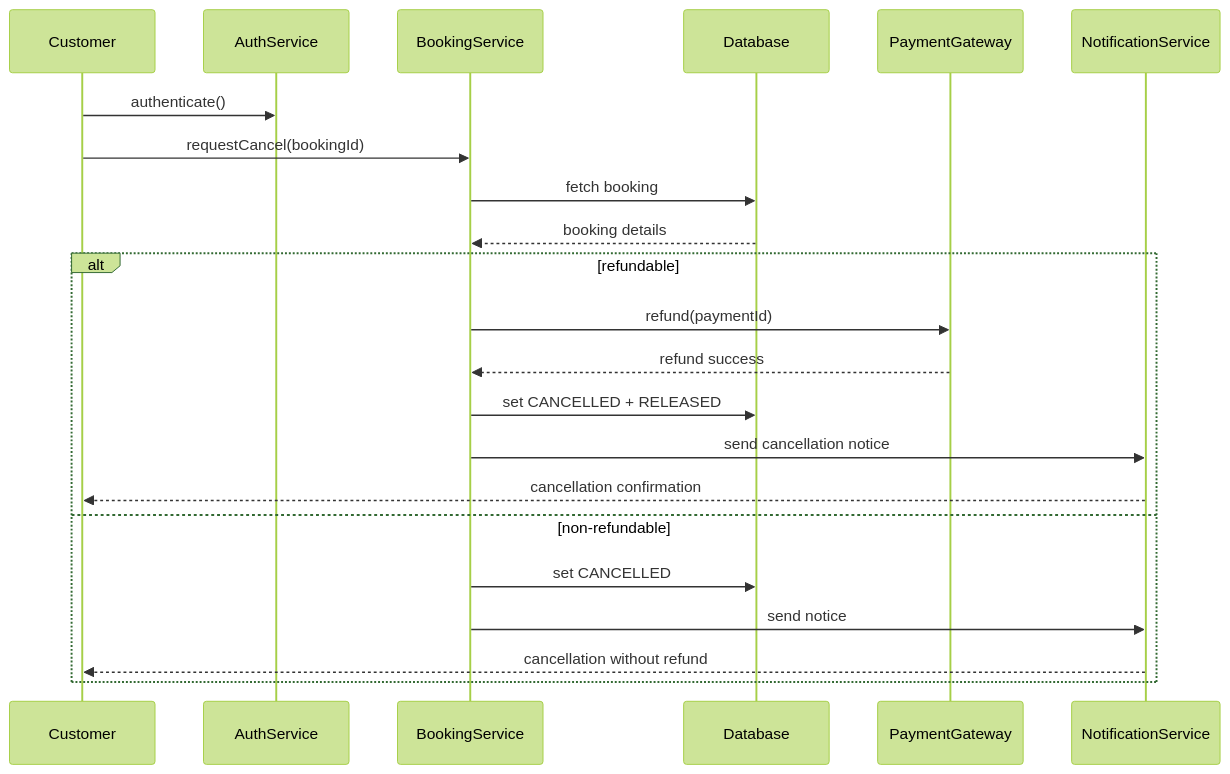
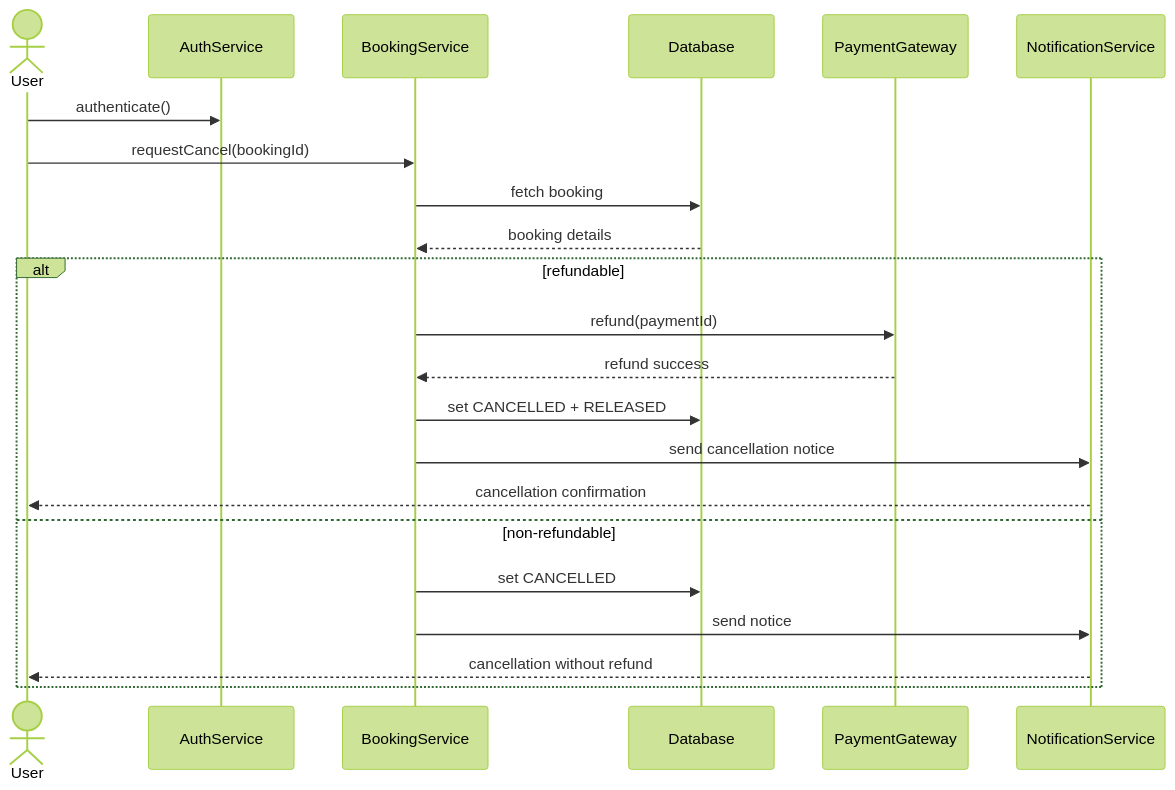
Before and after one commit to erickchoez/software-developer-test-movie-app: the fourth of 7 diagrams in README.md, drawn with Mermaid (forest theme). The commit also changed other lines of this file, not shown here.

````diff
--- a/README.md
+++ b/README.md
@@ -260,26 +260,26 @@
 ```mermaid
 sequenceDiagram
-    participant Customer as Customer
+    actor User as User
     participant Auth as AuthService
     participant BookingSvc as BookingService
     participant DB as Database
     participant PaymentGW as PaymentGateway
     participant Notify as NotificationService
 
-    Customer->>Auth: authenticate()
-    Customer->>BookingSvc: requestCancel(bookingId)
+    User->>Auth: authenticate()
+    User->>BookingSvc: requestCancel(bookingId)
     BookingSvc->>DB: fetch booking
     DB-->>BookingSvc: booking details
 
     alt refundable
         BookingSvc->>PaymentGW: refund(paymentId)
         PaymentGW-->>BookingSvc: refund success
         BookingSvc->>DB: set CANCELLED + RELEASED
         BookingSvc->>Notify: send cancellation notice
-        Notify-->>Customer: cancellation confirmation
+        Notify-->>User: cancellation confirmation
     else non-refundable
         BookingSvc->>DB: set CANCELLED
         BookingSvc->>Notify: send notice
-        Notify-->>Customer: cancellation without refund
+        Notify-->>User: cancellation without refund
     end
 ```
````
